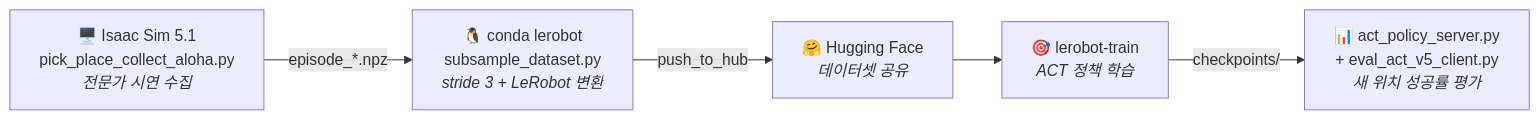
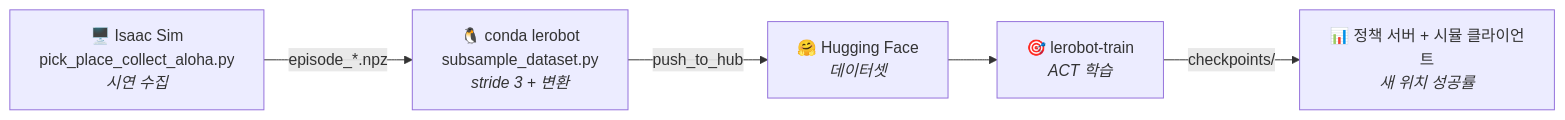
Before and after one commit to jinjuuuuuu/pickplace: the diagram in README.md, drawn with Mermaid. The commit also changed other lines of this file and 110 other files, not shown here.

````diff
--- a/README.md
+++ b/README.md
@@ -24,13 +27,13 @@
 ```mermaid
 flowchart LR
-    A["🖥️ Isaac Sim 5.1<br/>pick_place_collect_aloha.py<br/><i>전문가 시연 수집</i>"]
-    B["🐧 conda lerobot<br/>subsample_dataset.py<br/><i>stride 3 + LeRobot 변환</i>"]
-    C["🤗 Hugging Face<br/><i>데이터셋 공유</i>"]
-    D["🎯 lerobot-train<br/><i>ACT 정책 학습</i>"]
-    E["📊 act_policy_server.py<br/>+ eval_act_v5_client.py<br/><i>새 위치 성공률 평가</i>"]
+    A["🖥️ Isaac Sim<br/>pick_place_collect_aloha.py<br/><i>시연 수집</i>"]
+    B["🐧 conda lerobot<br/>subsample_dataset.py<br/><i>stride 3 + 변환</i>"]
+    C["🤗 Hugging Face<br/><i>데이터셋</i>"]
+    D["🎯 lerobot-train<br/><i>ACT 학습</i>"]
+    E["📊 정책 서버 + 시뮬 클라이언트<br/><i>새 위치 성공률</i>"]
 
     A -- "episode_*.npz" --> B
     B -- "push_to_hub" --> C
     C --> D
     D -- "checkpoints/" --> E
 ```
````
